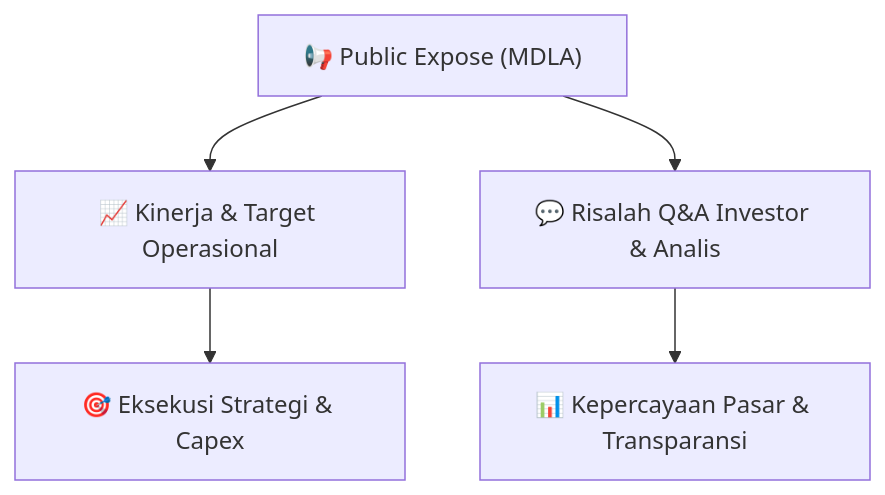
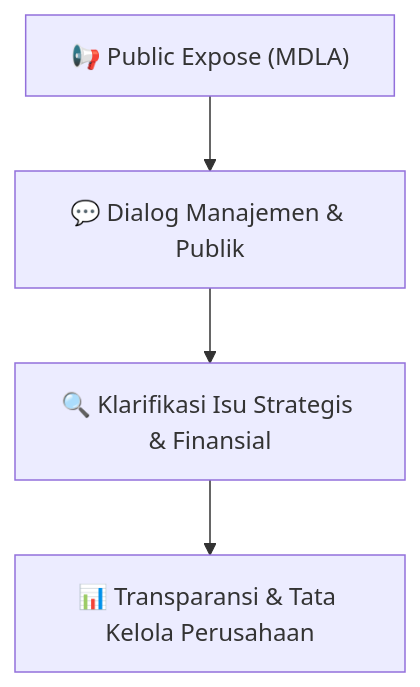
One commit to anYoneo/alphadigest-idx changed the diagram in Finplan_analyst/knowledge-base/public-exposes/hasil-pubex/MDLA_Public_Expose_20260914.md. Above: the diagram before and after it, drawn with Mermaid. The commit also changed other lines of this file and 526 other files, not shown here.

````diff
--- a/Finplan_analyst/knowledge-base/public-exposes/hasil-pubex/MDLA_Public_Expose_20260914.md
+++ b/Finplan_analyst/knowledge-base/public-exposes/hasil-pubex/MDLA_Public_Expose_20260914.md
@@ -15,7 +29,6 @@
 ```mermaid
 flowchart TD
-    A["📢 Public Expose (MDLA)"] --> B["📈 Kinerja & Target Operasional"]
-    A --> C["💬 Risalah Q&A Investor & Analis"]
-    B --> D["🎯 Eksekusi Strategi & Capex"]
-    C --> E["📊 Kepercayaan Pasar & Transparansi"]
+    A["📢 Public Expose (MDLA)"] --> B["💬 Dialog Manajemen & Publik"]
+    B --> C["🔍 Klarifikasi Isu Strategis & Finansial"]
+    C --> D["📊 Transparansi & Tata Kelola Perusahaan"]
 ```
````
